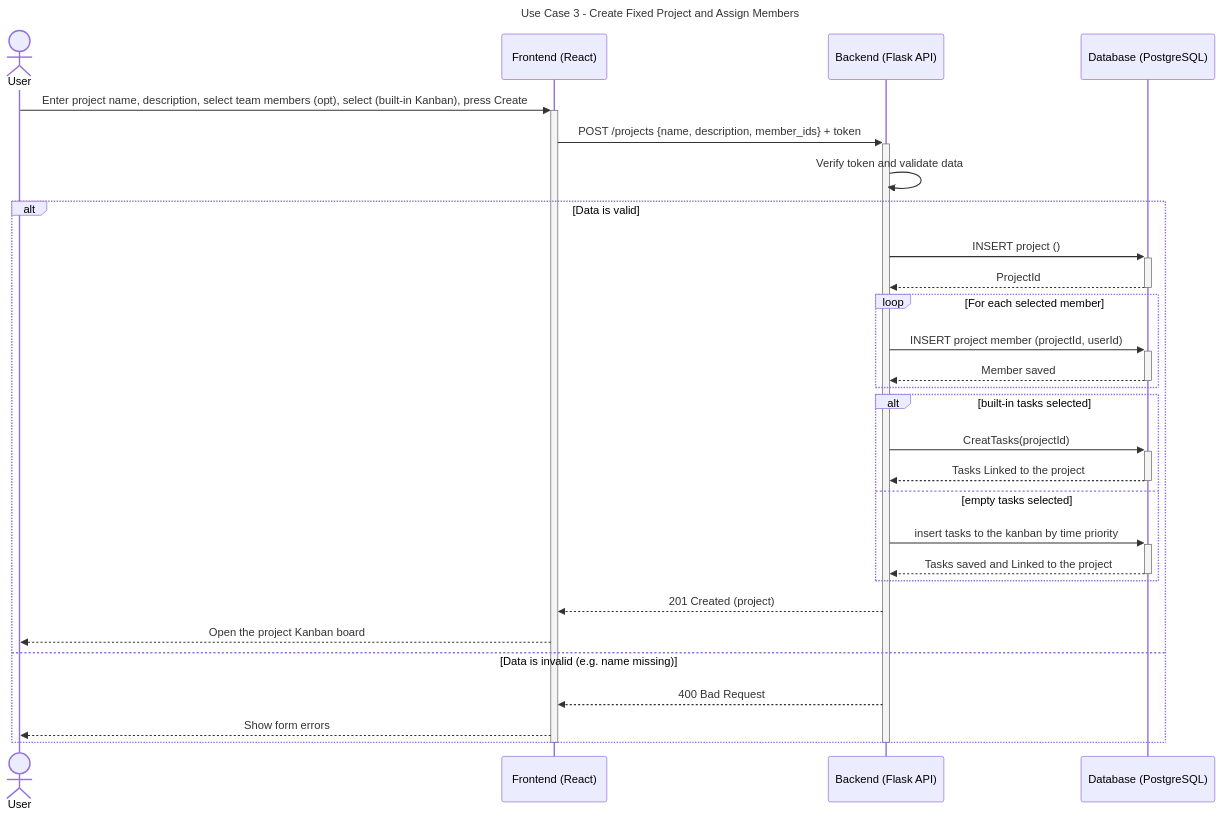
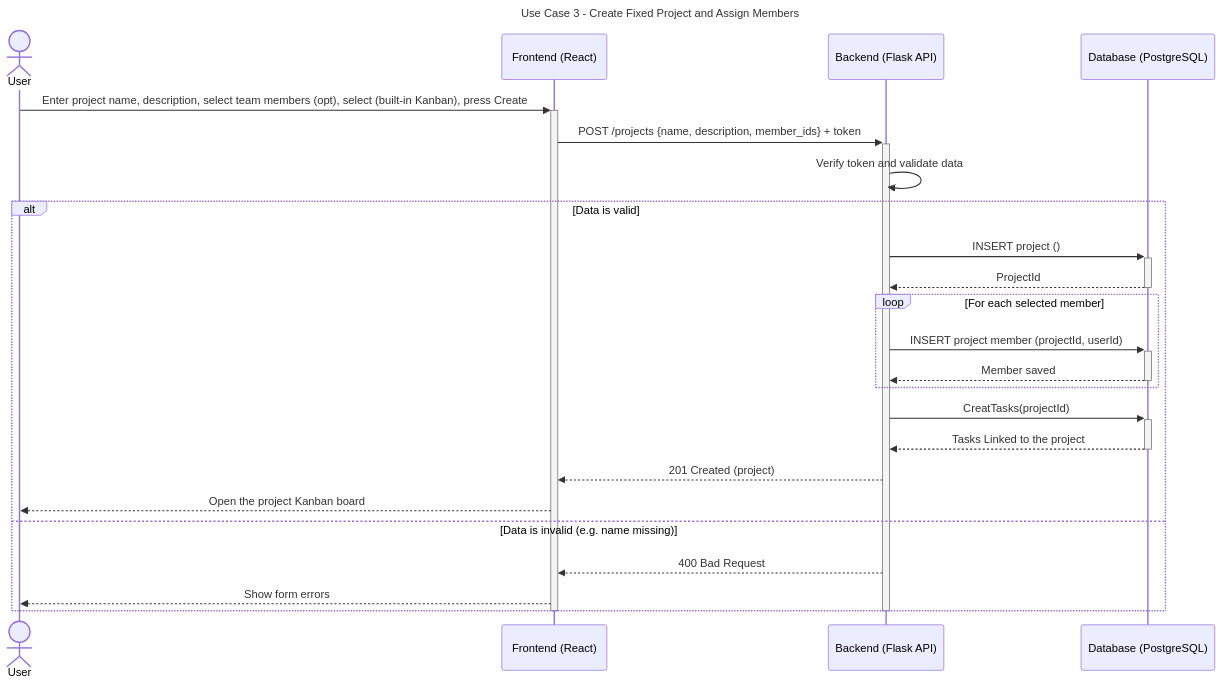
The diagram in stage3/sequence-diagrams/03-create-template-project.md (Dsa1r/KanbanDoc), drawn with Mermaid before and after one commit. The commit also changed other lines of this file, not shown here.

````diff
--- a/stage3/sequence-diagrams/03-create-template-project.md
+++ b/stage3/sequence-diagrams/03-create-template-project.md
@@ -9,37 +9,34 @@
 ```mermaid
 sequenceDiagram
 title Use Case 3 - Create Fixed Project and Assign Members
     actor U as User
     participant FE as Frontend (React)
     participant BE as Backend (Flask API)
     participant DB as Database (PostgreSQL)
  
     U->>+FE: Enter project name, description, select team members (opt), select (built-in Kanban), press Create
     FE->>+BE: POST /projects {name, description, member_ids} + token
     BE->>BE: Verify token and validate data
     alt Data is valid
         BE->>+DB: INSERT project ()
         DB-->>-BE: ProjectId
         loop For each selected member 
             BE->>+DB: INSERT project member (projectId, userId)
             DB-->>-BE: Member saved
         end
-        alt built-in tasks selected
+
         BE->>+DB: CreatTasks(projectId)
         DB-->>-BE: Tasks Linked to the project
-        else empty tasks selected
-         BE->>+DB: insert tasks to the kanban by time priority
-        DB-->>-BE: Tasks saved and Linked to the project
-end
+
     
         BE-->>FE: 201 Created (project)
         FE-->>U: Open the project Kanban board
     else Data is invalid (e.g. name missing)
         BE-->>FE: 400 Bad Request
         FE-->>U: Show form errors
     end
 
    
     deactivate BE
     deactivate FE
 ```
````
